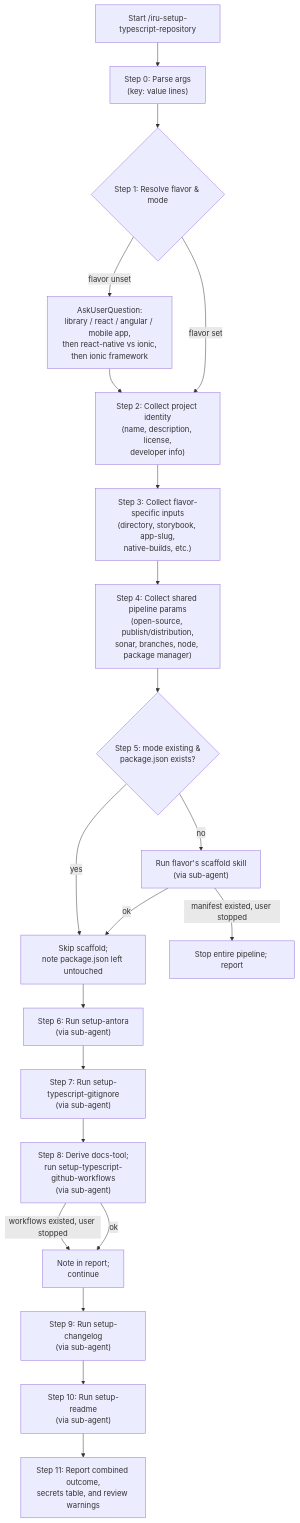
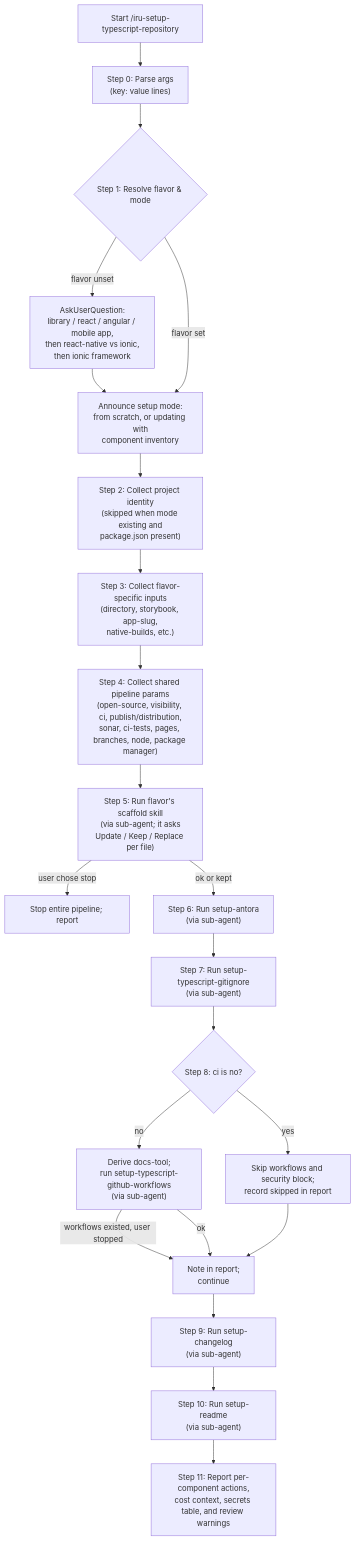
The diagram in docs/modules/ROOT/pages/skills/iru-setup-typescript-repository.adoc (albertoirurueta/ai-catalog), drawn with Mermaid before and after one commit. The commit also changed other lines of this file and 87 other files, not shown here.

```diff
--- a/docs/modules/ROOT/pages/skills/iru-setup-typescript-repository.adoc
+++ b/docs/modules/ROOT/pages/skills/iru-setup-typescript-repository.adoc
@@ -112,24 +160,25 @@
 [mermaid]
 ....
 flowchart TD
     A[Start /iru-setup-typescript-repository] --> B["Step 0: Parse args\n(key: value lines)"]
     B --> C{"Step 1: Resolve flavor &amp; mode"}
     C -- flavor unset --> C1["AskUserQuestion:\nlibrary / react / angular / mobile app,\nthen react-native vs ionic,\nthen ionic framework"]
-    C1 --> D
-    C -- flavor set --> D["Step 2: Collect project identity\n(name, description, license,\ndeveloper info)"]
+    C1 --> C2
+    C -- flavor set --> C2["Announce setup mode:\nfrom scratch, or updating with\ncomponent inventory"]
+    C2 --> D["Step 2: Collect project identity\n(skipped when mode existing and\npackage.json present)"]
     D --> E["Step 3: Collect flavor-specific inputs\n(directory, storybook, app-slug,\nnative-builds, etc.)"]
-    E --> F["Step 4: Collect shared pipeline params\n(open-source, publish/distribution,\nsonar, branches, node, package manager)"]
-    F --> G{"Step 5: mode existing &amp;\npackage.json exists?"}
-    G -- yes --> H["Skip scaffold;\nnote package.json left untouched"]
-    G -- no --> I["Run flavor's scaffold skill\n(via sub-agent)"]
-    I -- manifest existed, user stopped --> J[Stop entire pipeline; report]
-    I -- ok --> H
-    H --> K["Step 6: Run setup-antora\n(via sub-agent)"]
+    E --> F["Step 4: Collect shared pipeline params\n(open-source, visibility, ci, publish/distribution,\nsonar, ci-tests, pages, branches, node, package manager)"]
+    F --> I["Step 5: Run flavor's scaffold skill\n(via sub-agent; it asks\nUpdate / Keep / Replace per file)"]
+    I -- user chose stop --> J[Stop entire pipeline; report]
+    I -- ok or kept --> K["Step 6: Run setup-antora\n(via sub-agent)"]
     K --> L["Step 7: Run setup-typescript-gitignore\n(via sub-agent)"]
-    L --> M["Step 8: Derive docs-tool;\nrun setup-typescript-github-workflows\n(via sub-agent)"]
+    L --> L2{"Step 8: ci is no?"}
+    L2 -- yes --> L3["Skip workflows and security block;\nrecord skipped in report"]
+    L2 -- no --> M["Derive docs-tool;\nrun setup-typescript-github-workflows\n(via sub-agent)"]
     M -- workflows existed, user stopped --> N["Note in report;\ncontinue"]
     M -- ok --> N
+    L3 --> N
     N --> O["Step 9: Run setup-changelog\n(via sub-agent)"]
     O --> P["Step 10: Run setup-readme\n(via sub-agent)"]
-    P --> Q["Step 11: Report combined outcome,\nsecrets table, and review warnings"]
+    P --> Q["Step 11: Report per-component actions,\ncost context, secrets table, and review warnings"]
 ....
```
